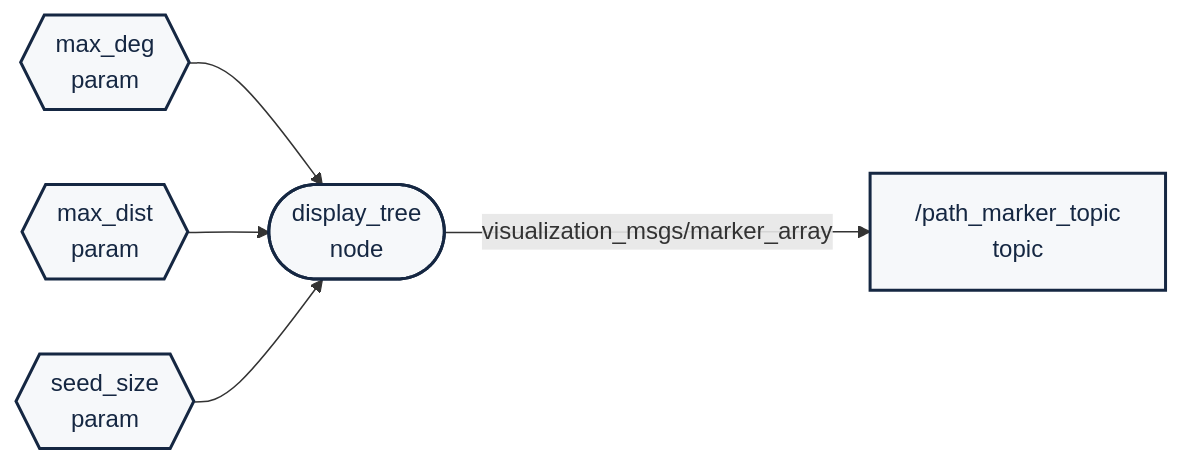
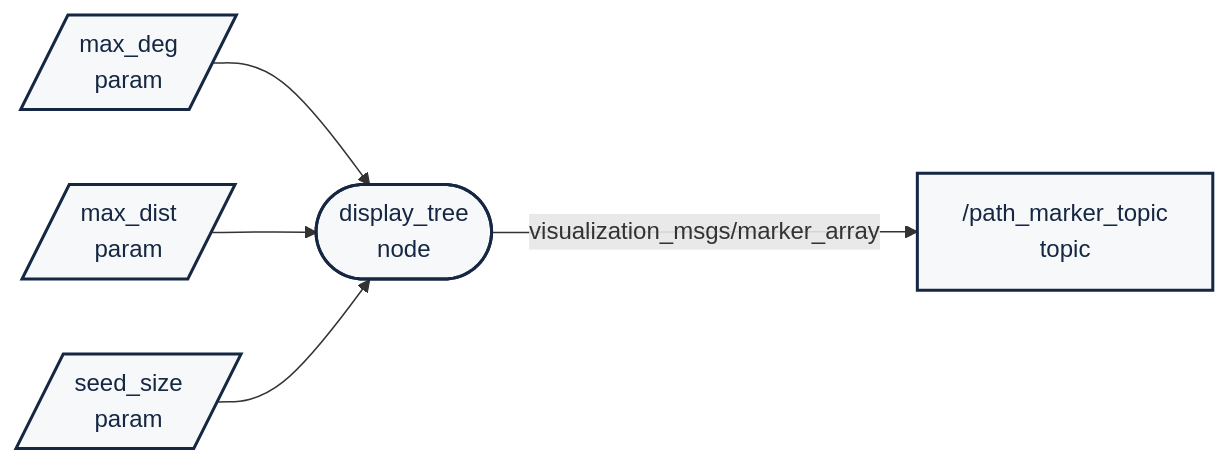
One commit to sze-info/arj changed the eighth of 10 diagrams in docs/onallo/mermaid.md. Above: the diagram before and after it, drawn with Mermaid. The commit also changed other lines of this file and 1 other file, not shown here.

Commit message:
Mermaid kiegészítés

````diff
--- a/docs/onallo/mermaid.md
+++ b/docs/onallo/mermaid.md
@@ -220,16 +260,16 @@
 ```mermaid
 flowchart LR
 
-A{{max_deg</br>param}}:::gray --> D([display_tree</br>node]):::gray
-B{{max_dist</br>param}}:::gray --> D
-C{{seed_size</br>param}}:::gray --> D
+A[/ max_deg</br>param /]:::gray --> D([display_tree</br>node]):::gray
+B[/ max_dist</br>param /]:::gray --> D
+C[/ seed_size</br>param /]:::gray --> D
 D --> |visualization_msgs/marker_array| P[ /path_marker_topic</br>topic]:::gray
 
 
 classDef light fill:#34aec5,stroke:#152742,stroke-width:2px,color:#152742  
 classDef dark fill:#152742,stroke:#34aec5,stroke-width:2px,color:#34aec5
 classDef white fill:#ffffff,stroke:#152742,stroke-width:2px,color:#152742
 classDef gray fill:#f6f8fa,stroke:#152742,stroke-width:2px,color:#152742
 classDef red fill:#ef4638,stroke:#152742,stroke-width:2px,color:#fff
-
+classDef green fill:#138b7b,stroke:#152742,stroke-width:2px,color:#fff
 ```
````
